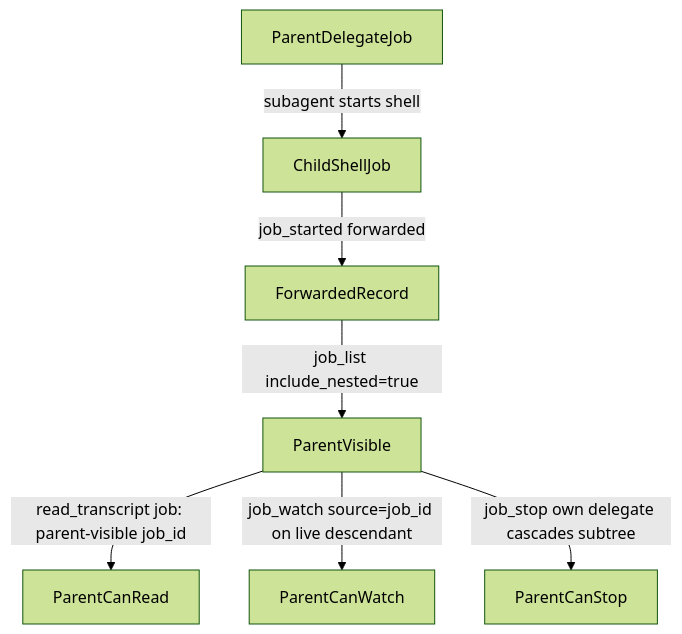
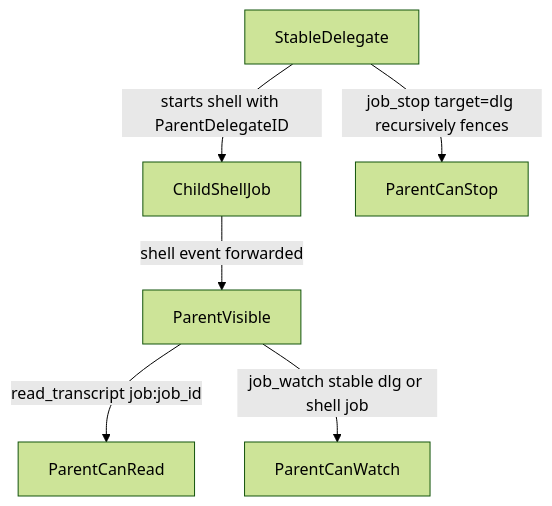
One commit to prime-radiant-inc/evener changed the seventh of 7 diagrams in docs/job-control.md. Above: the diagram before and after it, drawn with Mermaid (forest theme). The commit also changed other lines of this file and 18 other files, not shown here.

First line of the commit message:
docs: teach stable delegate resources

````diff
--- a/docs/job-control.md
+++ b/docs/job-control.md
@@ -1184,9 +1376,8 @@
 ```mermaid
 flowchart TD
-    ParentDelegateJob -->|subagent starts shell| ChildShellJob
-    ChildShellJob -->|job_started forwarded| ForwardedRecord
-    ForwardedRecord -->|job_list include_nested=true| ParentVisible
-    ParentVisible -->|read_transcript job: parent-visible job_id| ParentCanRead
-    ParentVisible -->|job_watch source=job_id on live descendant| ParentCanWatch
-    ParentVisible -->|job_stop own delegate cascades subtree| ParentCanStop
+    StableDelegate -->|starts shell with ParentDelegateID| ChildShellJob
+    ChildShellJob -->|shell event forwarded| ParentVisible
+    ParentVisible -->|read_transcript job:job_id| ParentCanRead
+    ParentVisible -->|job_watch stable dlg or shell job| ParentCanWatch
+    StableDelegate -->|job_stop target=dlg recursively fences| ParentCanStop
 ```
````
